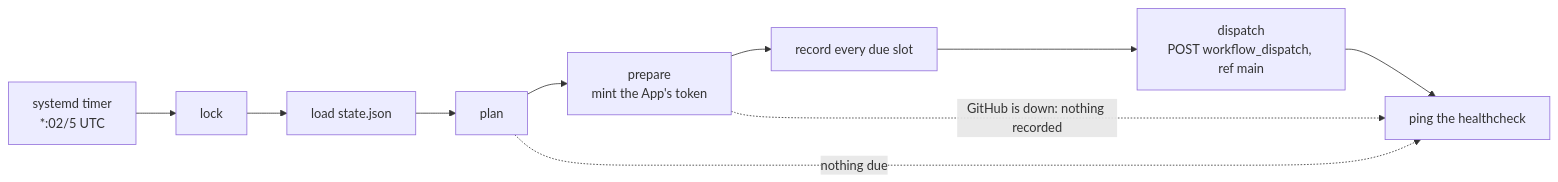
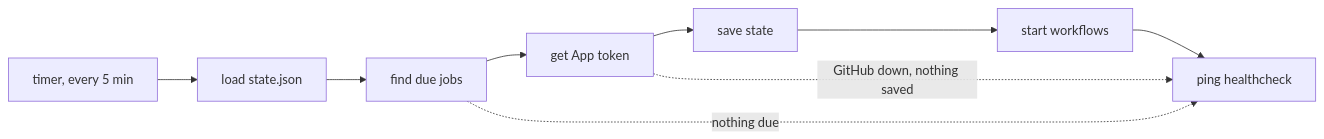
Before and after one commit to katoptra/dispatch: the diagram in README.md, drawn with Mermaid. The commit also changed other lines of this file, not shown here.

````diff
--- a/README.md
+++ b/README.md
@@ -67,7 +65,7 @@
 ```mermaid
 flowchart LR
-  timer["systemd timer<br/>*:02/5 UTC"] --> lock --> load["load state.json"] --> plan
-  plan --> prepare["prepare<br/>mint the App's token"] --> record["record every due slot"] --> dispatch["dispatch<br/>POST workflow_dispatch, ref main"] --> ping["ping the healthcheck"]
+  timer["timer, every 5 min"] --> load["load state.json"] --> plan["find due jobs"]
+  plan --> token["get App token"] --> save["save state"] --> start["start workflows"] --> ping["ping healthcheck"]
   plan -. "nothing due" .-> ping
-  prepare -. "GitHub is down: nothing recorded" .-> ping
+  token -. "GitHub down, nothing saved" .-> ping
 ```
````
